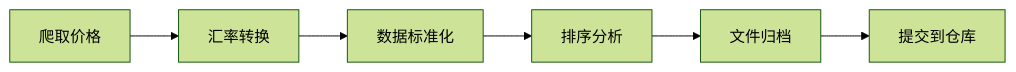
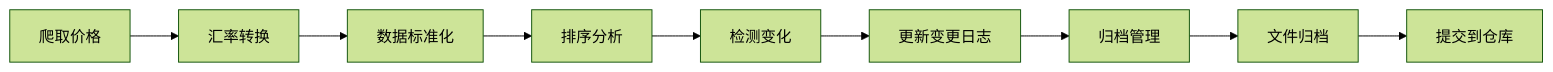
Before and after one commit to SzeMeng76/spotify-prices: the diagram in README_zh.md, drawn with Mermaid (forest theme). The commit also changed other lines of this file and 1 other file, not shown here.

````diff
--- a/README_zh.md
+++ b/README_zh.md
@@ -69,8 +72,11 @@
 ```mermaid
 graph LR
     A[爬取价格] --> B[汇率转换]
     B --> C[数据标准化]
     C --> D[排序分析]
-    D --> E[文件归档]
-    E --> F[提交到仓库]
+    D --> E[检测变化]
+    E --> F[更新变更日志]
+    F --> G[归档管理]
+    G --> H[文件归档]
+    H --> I[提交到仓库]
 ```
````
